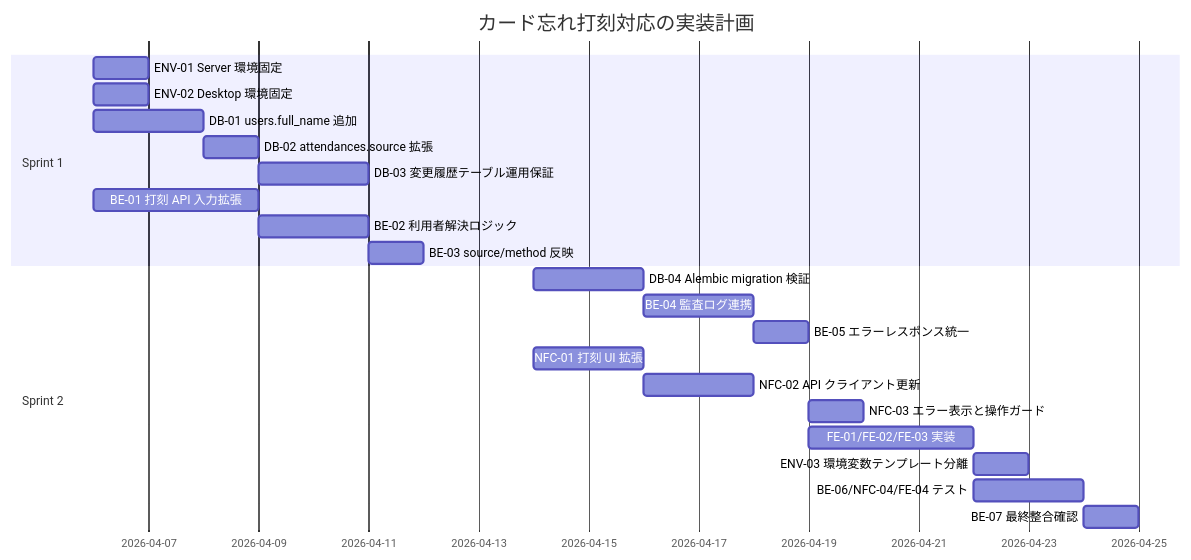
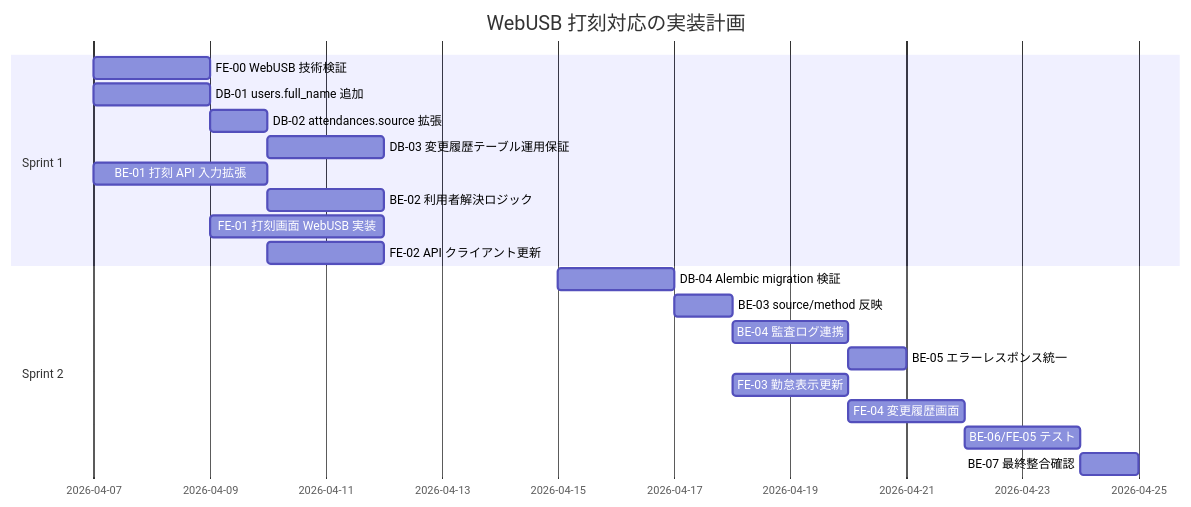
Before and after one commit to tukumanalab/kint: the diagram in docs/implementation-plan.md, drawn with Mermaid. The commit also changed other lines of this file and 4 other files, not shown here.

First line of the commit message:
feat: Update API and architecture for WebUSB NFC punch functionality

````diff
--- a/docs/implementation-plan.md
+++ b/docs/implementation-plan.md
@@ -242,27 +204,25 @@
 ```mermaid
 gantt
-  title カード忘れ打刻対応の実装計画
+  title WebUSB 打刻対応の実装計画
   dateFormat  YYYY-MM-DD
 
   section Sprint 1
-  ENV-01 Server 環境固定              :e1, 2026-04-06, 1d
-  ENV-02 Desktop 環境固定             :e2, 2026-04-06, 1d
-  DB-01 users.full_name 追加           :a1, 2026-04-06, 2d
+  FE-00 WebUSB 技術検証               :f0, 2026-04-07, 2d
+  DB-01 users.full_name 追加           :a1, 2026-04-07, 2d
   DB-02 attendances.source 拡張        :a2, after a1, 1d
   DB-03 変更履歴テーブル運用保証       :a3, after a2, 2d
-  BE-01 打刻 API 入力拡張              :b1, 2026-04-06, 3d
+  BE-01 打刻 API 入力拡張              :b1, 2026-04-07, 3d
   BE-02 利用者解決ロジック             :b2, after b1, 2d
-  BE-03 source/method 反映             :b3, after b2, 1d
+  FE-01 打刻画面 WebUSB 実装           :f1, after f0, 3d
+  FE-02 API クライアント更新           :f2, after b1, 2d
 
   section Sprint 2
-  DB-04 Alembic migration 検証         :a4, 2026-04-14, 2d
-  BE-04 監査ログ連携                   :b4, after a4, 2d
+  DB-04 Alembic migration 検証         :a4, 2026-04-15, 2d
+  BE-03 source/method 反映             :b3, after a4, 1d
+  BE-04 監査ログ連携                   :b4, after b3, 2d
   BE-05 エラーレスポンス統一           :b5, after b4, 1d
-  NFC-01 打刻 UI 拡張                  :c1, 2026-04-14, 2d
-  NFC-02 API クライアント更新          :c2, after c1, 2d
-  NFC-03 エラー表示と操作ガード        :c3, after b5, 1d
-  FE-01/FE-02/FE-03 実装              :f1, after b5, 3d
-  ENV-03 環境変数テンプレート分離      :e3, after f1, 1d
-  BE-06/NFC-04/FE-04 テスト            :t1, after f1, 2d
+  FE-03 勤怠表示更新                   :f3, after b3, 2d
+  FE-04 変更履歴画面                   :f4, after b4, 2d
+  BE-06/FE-05 テスト                   :t1, after f4, 2d
   BE-07 最終整合確認                   :r1, after t1, 1d
 ```
````
